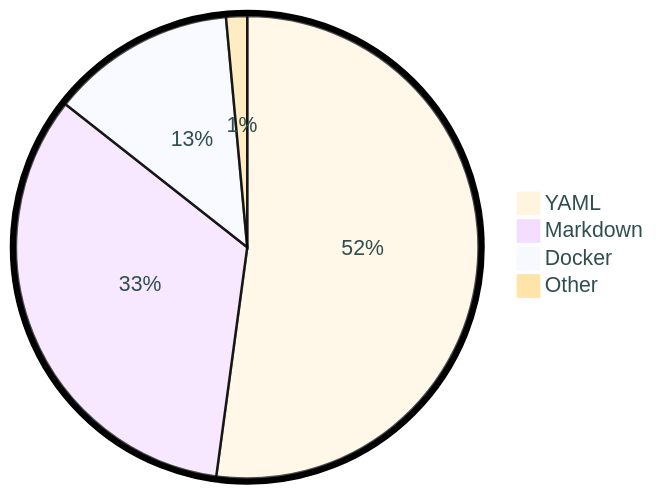
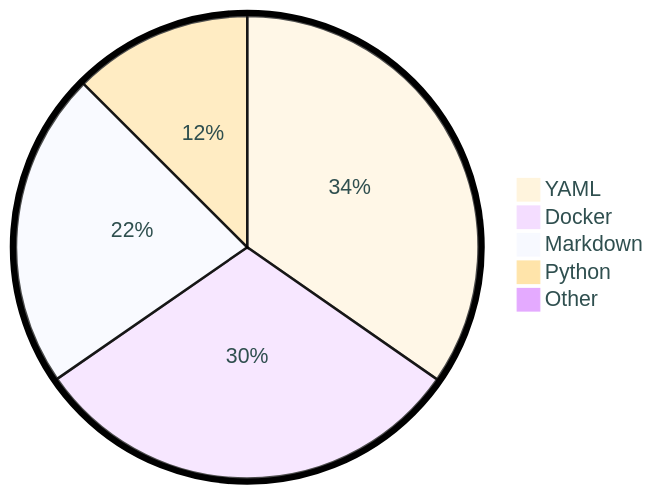
Before and after one commit to tot0p/tot0p: the diagram in README.md, drawn with Mermaid. The commit also changed other lines of this file, not shown here.

````diff
--- a/README.md
+++ b/README.md
@@ -73,8 +71,9 @@
 ```mermaid
 %%{init: {"pie": {"textPosition": 0.5}, "themeVariables": {"pieOuterStrokeWidth": "5px","primaryTextColor" : "#2F4F4F"},"theme":"base"} }%%
 pie
-	"YAML": 52.14
-	"Markdown": 33.47
-	"Docker": 12.92
-	"Other": 1.4700000000000002
+	"YAML": 34.34
+	"Docker": 30.38
+	"Markdown": 21.91
+	"Python": 12.39
+	"Other": 0.97
 ```
````
